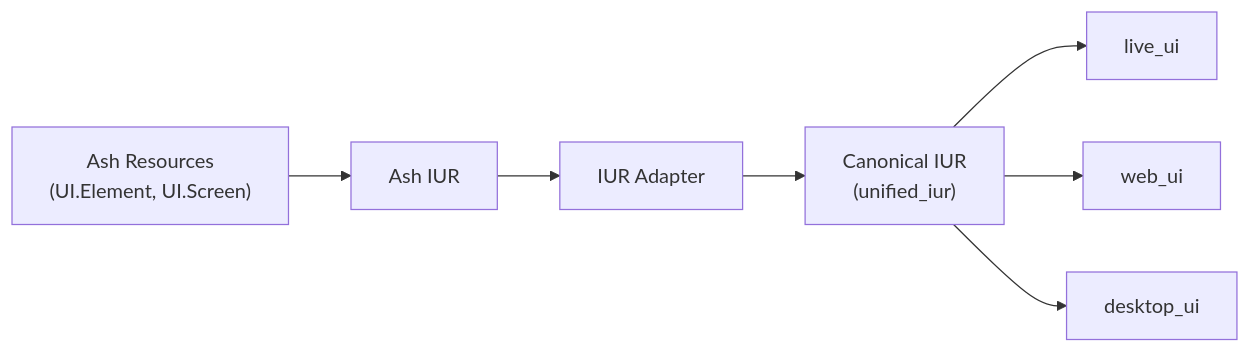
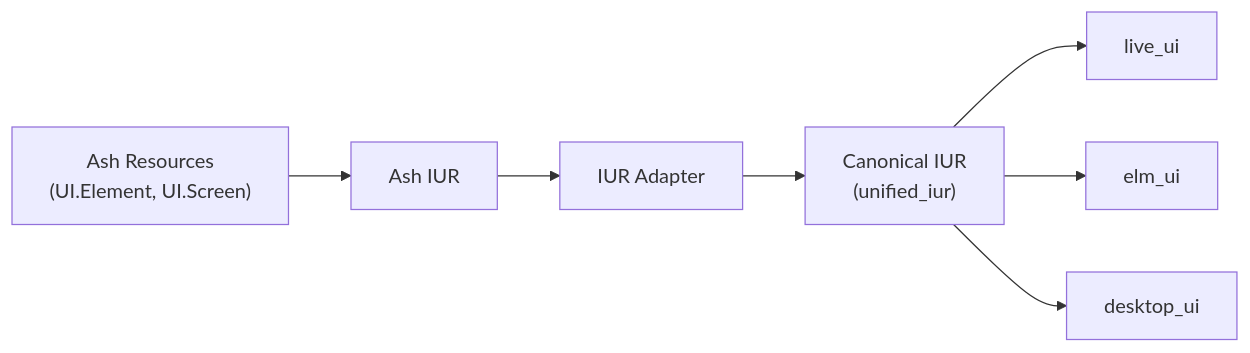
One commit to The-Metagraph/ash_ui changed the first of 2 diagrams in specs/rendering/README.md. Above: the diagram before and after it, drawn with Mermaid. The commit also changed other lines of this file and 10 other files, not shown here.

````diff
--- a/specs/rendering/README.md
+++ b/specs/rendering/README.md
@@ -11,19 +11,19 @@
 ```mermaid
 flowchart LR
     Ash["Ash Resources<br/>(UI.Element, UI.Screen)"]
     IUR["Ash IUR"]
     Adapter["IUR Adapter"]
     Canonical["Canonical IUR<br/>(unified_iur)"]
 
     Live["live_ui"]
-    Web["web_ui"]
+    Elm["elm_ui"]
     Desktop["desktop_ui"]
 
     Ash --> IUR
     IUR --> Adapter
     Adapter --> Canonical
 
     Canonical --> Live
-    Canonical --> Web
+    Canonical --> Elm
     Canonical --> Desktop
 ```
````
